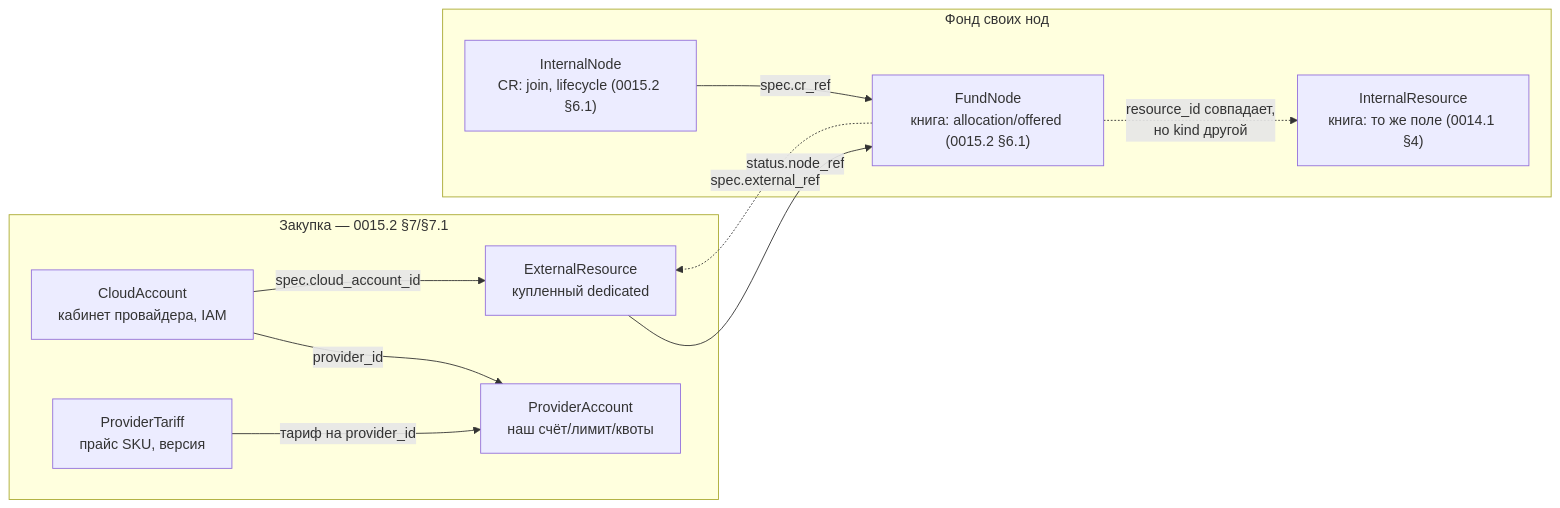
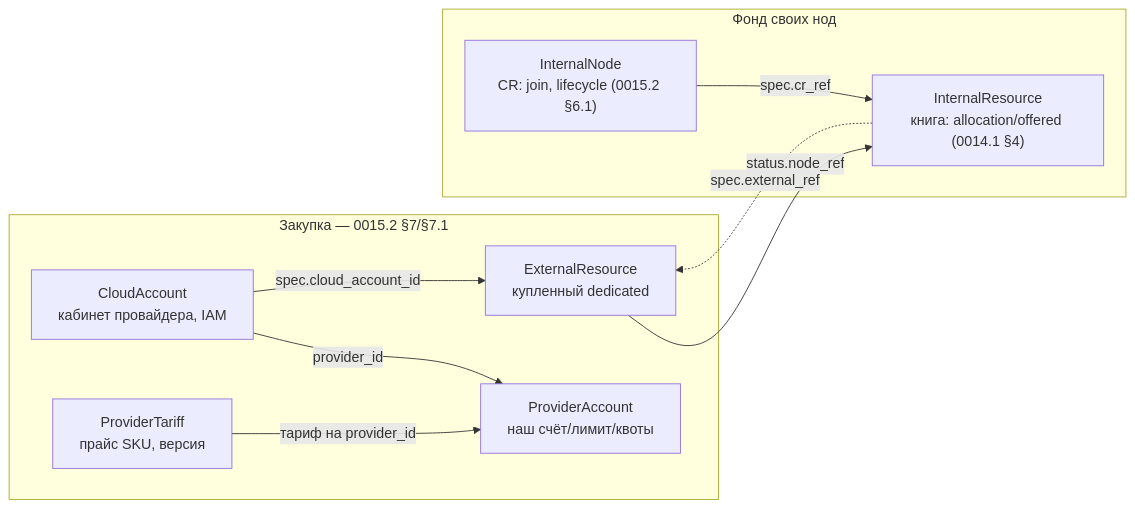
The diagram in docs/adr/01-overview/kinds.md (vinogradovia/ansible-devops-uslugi), drawn with Mermaid before and after one commit. The commit also changed other lines of this file and 3 other files, not shown here.

First line of the commit message:
docs(adr): FundNode — ярлык UI, kind книги InternalResource

````diff
--- a/docs/adr/01-overview/kinds.md
+++ b/docs/adr/01-overview/kinds.md
@@ -8,23 +8,21 @@
 ```mermaid
 flowchart LR
     subgraph purchase["Закупка — 0015.2 §7/§7.1"]
         CA["CloudAccount<br/>кабинет провайдера, IAM"]
         PA["ProviderAccount<br/>наш счёт/лимит/квоты"]
         PT["ProviderTariff<br/>прайс SKU, версия"]
         ER["ExternalResource<br/>купленный dedicated"]
     end
 
     subgraph fund["Фонд своих нод"]
         IN["InternalNode<br/>CR: join, lifecycle (0015.2 §6.1)"]
-        FN["FundNode<br/>книга: allocation/offered (0015.2 §6.1)"]
-        IR["InternalResource<br/>книга: то же поле (0014.1 §4)"]
+        IR["InternalResource<br/>книга: allocation/offered (0014.1 §4)"]
     end
 
     CA -->|provider_id| PA
     CA -->|spec.cloud_account_id| ER
     PT -->|тариф на provider_id| PA
-    ER -->|status.node_ref| FN
-    FN -.->|spec.external_ref| ER
-    IN -->|spec.cr_ref| FN
-    FN -.->|"resource_id совпадает,<br/>но kind другой"| IR
+    ER -->|status.node_ref| IR
+    IR -.->|spec.external_ref| ER
+    IN -->|spec.cr_ref| IR
 ```
````
